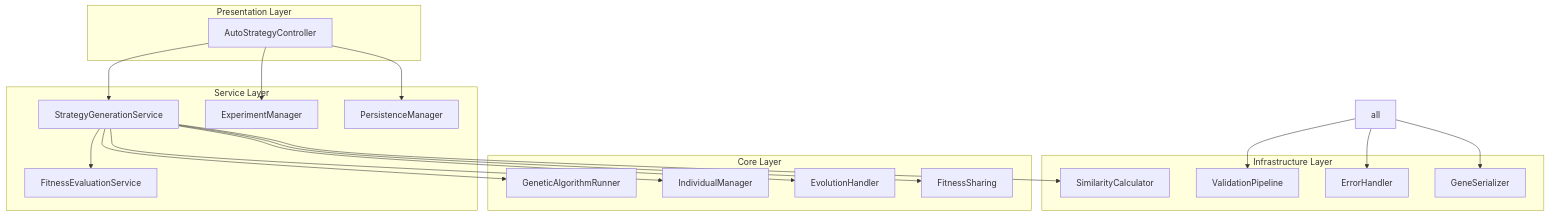
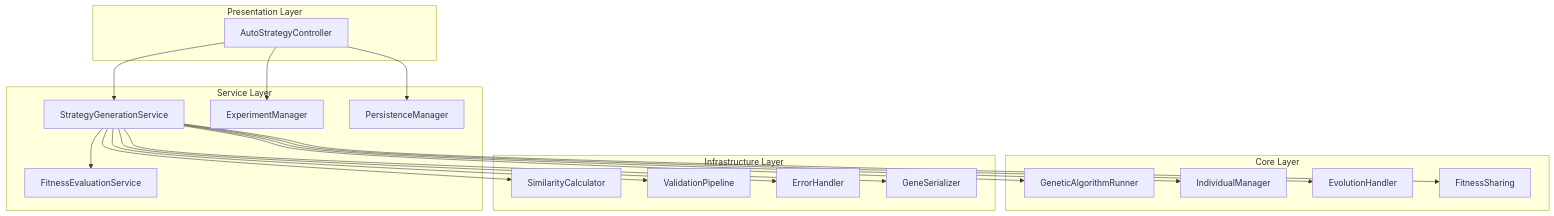
The diagram in backend/app/services/auto_strategy/refactoring_proposal.md (bads1de/trdinger), drawn with Mermaid before and after one commit. The commit also changed other lines of this file and 24 other files, not shown here.

````diff
--- a/backend/app/services/auto_strategy/refactoring_proposal.md
+++ b/backend/app/services/auto_strategy/refactoring_proposal.md
@@ -86,40 +104,40 @@
 ```mermaid
 graph TB
     subgraph Presentation Layer
         A[AutoStrategyController]
     end
 
     subgraph Service Layer
         B[StrategyGenerationService]
         C[ExperimentManager]
         D[PersistenceManager]
         E[FitnessEvaluationService]
     end
 
     subgraph Core Layer
         F[GeneticAlgorithmRunner]
         G[IndividualManager]
         H[EvolutionHandler]
         I[FitnessSharing]
     end
 
     subgraph Infrastructure Layer
         J[SimilarityCalculator]
         K[ValidationPipeline]
         L[ErrorHandler]
         M[GeneSerializer]
     end
 
     A --> B
     A --> C
     A --> D
     B --> E
     B --> F
     B --> G
     B --> H
     B --> I
     B --> J
-    all --> K
-    all --> L
-    all --> M
+    B --> K
+    B --> L
+    B --> M
 ```
````
